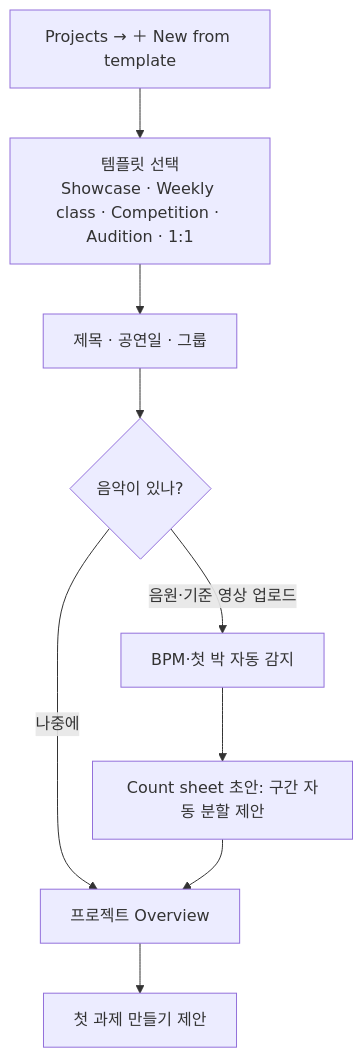
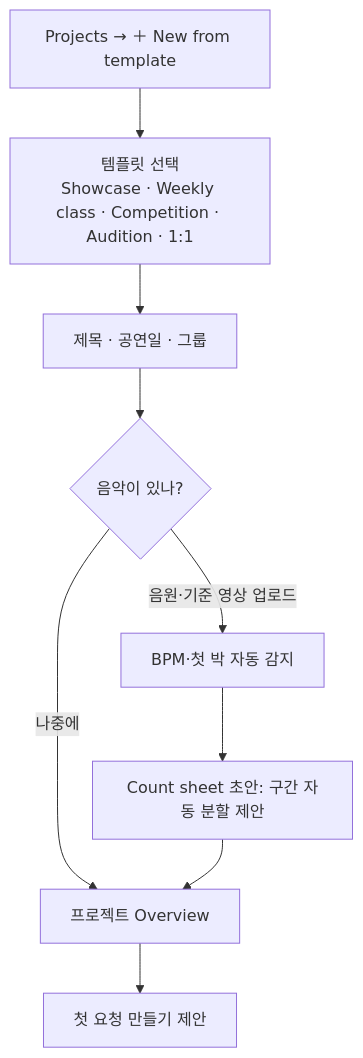
One commit to hope13710/dancerly changed the eighth of 10 diagrams in docs/04-user-flows.md. Above: the diagram before and after it, drawn with Mermaid. The commit also changed other lines of this file and 11 other files, not shown here.

````diff
--- a/docs/04-user-flows.md
+++ b/docs/04-user-flows.md
@@ -186,11 +186,11 @@
 ```mermaid
 flowchart TD
   A[Projects → ＋ New from template] --> B[템플릿 선택<br/>Showcase · Weekly class · Competition · Audition · 1:1]
   B --> C[제목 · 공연일 · 그룹]
   C --> D{음악이 있나?}
   D -->|음원·기준 영상 업로드| E[BPM·첫 박 자동 감지]
   E --> F[Count sheet 초안: 구간 자동 분할 제안]
   D -->|나중에| G
   F --> G[프로젝트 Overview]
-  G --> H[첫 과제 만들기 제안]
+  G --> H[첫 요청 만들기 제안]
 ```
````
